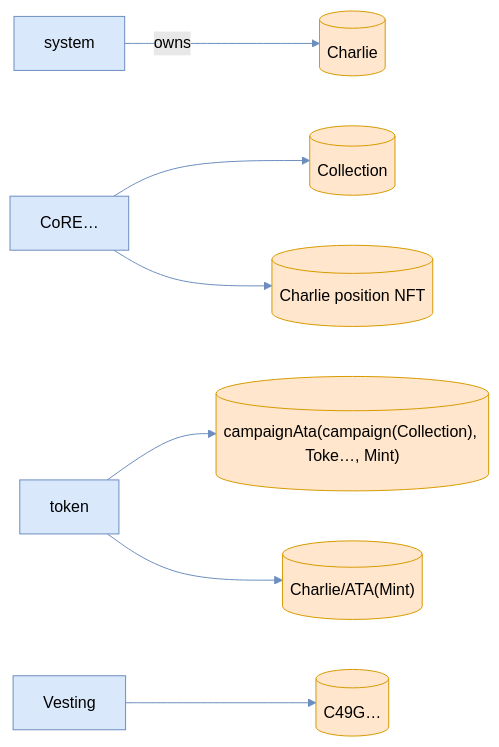
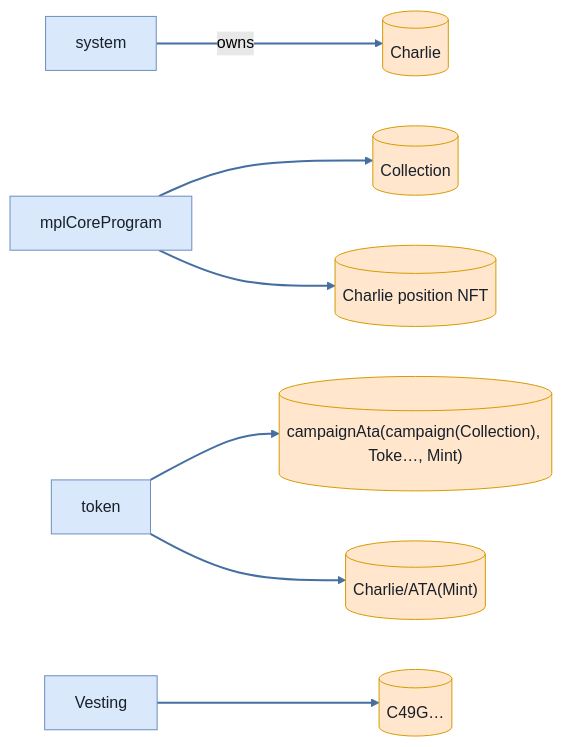
Before and after one commit to cds-turbin3/vesting-position: diagram 12 of 36 in babelfish-tests/test-report/full_lifecycle.md, drawn with Mermaid (forest theme). The commit also changed other lines of this file and 106 other files, not shown here.

````diff
--- a/babelfish-tests/test-report/full_lifecycle.md
+++ b/babelfish-tests/test-report/full_lifecycle.md
@@ -653,23 +651,23 @@
 ```mermaid
 flowchart LR
     system["system"]:::program
     Charlie[("Charlie")]:::state
-    CoRE["CoRE…"]:::program
+    mplCoreProgram["mplCoreProgram"]:::program
     Collection[("Collection")]:::state
     token["token"]:::program
     campaignAtacampaignCollectionTokeMint[("campaignAta(campaign(Collection), Toke…, Mint)")]:::state
     CharlieATAMint[("Charlie/ATA(Mint)")]:::state
     CharliepositionNFT[("Charlie position NFT")]:::state
     Vesting["Vesting"]:::program
     C49G[("C49G…")]:::state
     system -->|owns| Charlie
-    CoRE --> Collection
+    mplCoreProgram --> Collection
     token --> campaignAtacampaignCollectionTokeMint
     token --> CharlieATAMint
-    CoRE --> CharliepositionNFT
+    mplCoreProgram --> CharliepositionNFT
     Vesting --> C49G
-    classDef program fill:#dae8fc,stroke:#6c8ebf;
-    classDef signer fill:#d5e8d4,stroke:#82b366;
-    classDef state fill:#ffe6cc,stroke:#d79b00;
-    linkStyle 0,1,2,3,4,5 stroke:#6c8ebf
+    classDef program fill:#dae8fc,stroke:#6c8ebf,color:#17202a;
+    classDef signer fill:#d5e8d4,stroke:#82b366,color:#17202a;
+    classDef state fill:#ffe6cc,stroke:#d79b00,color:#17202a;
+    linkStyle 0,1,2,3,4,5 stroke:#456ea1,stroke-width:2px
 ```
````
